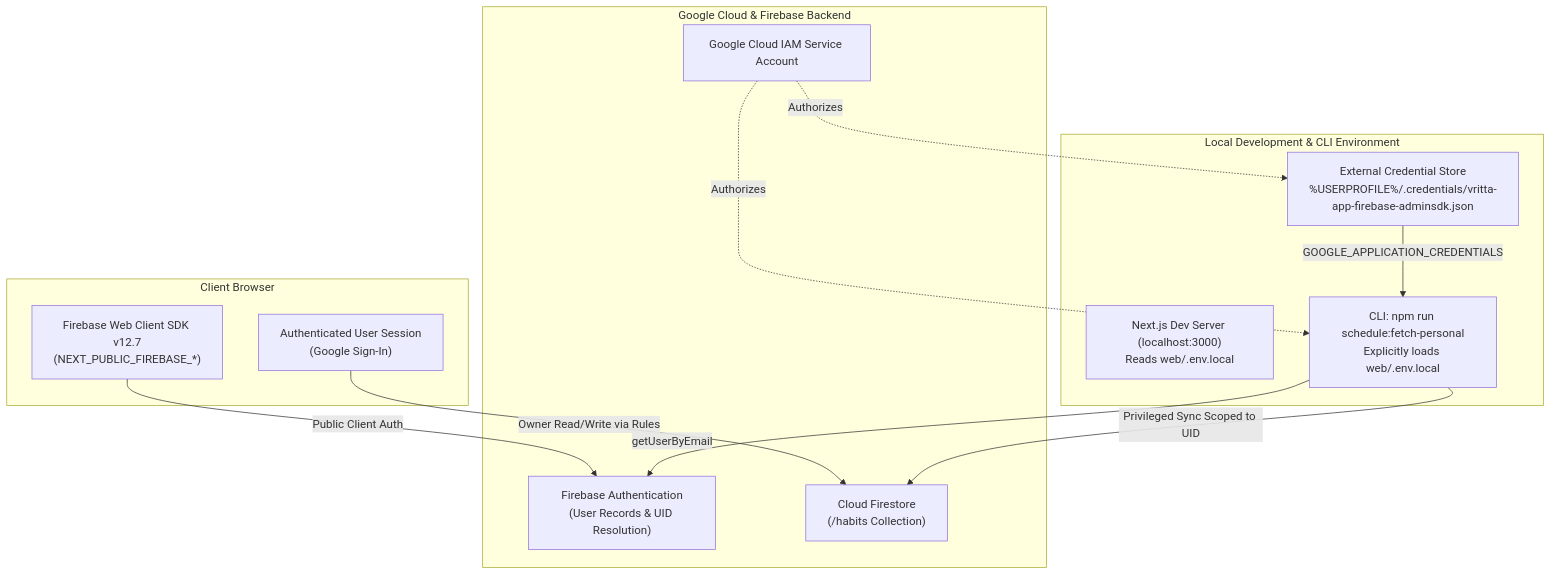
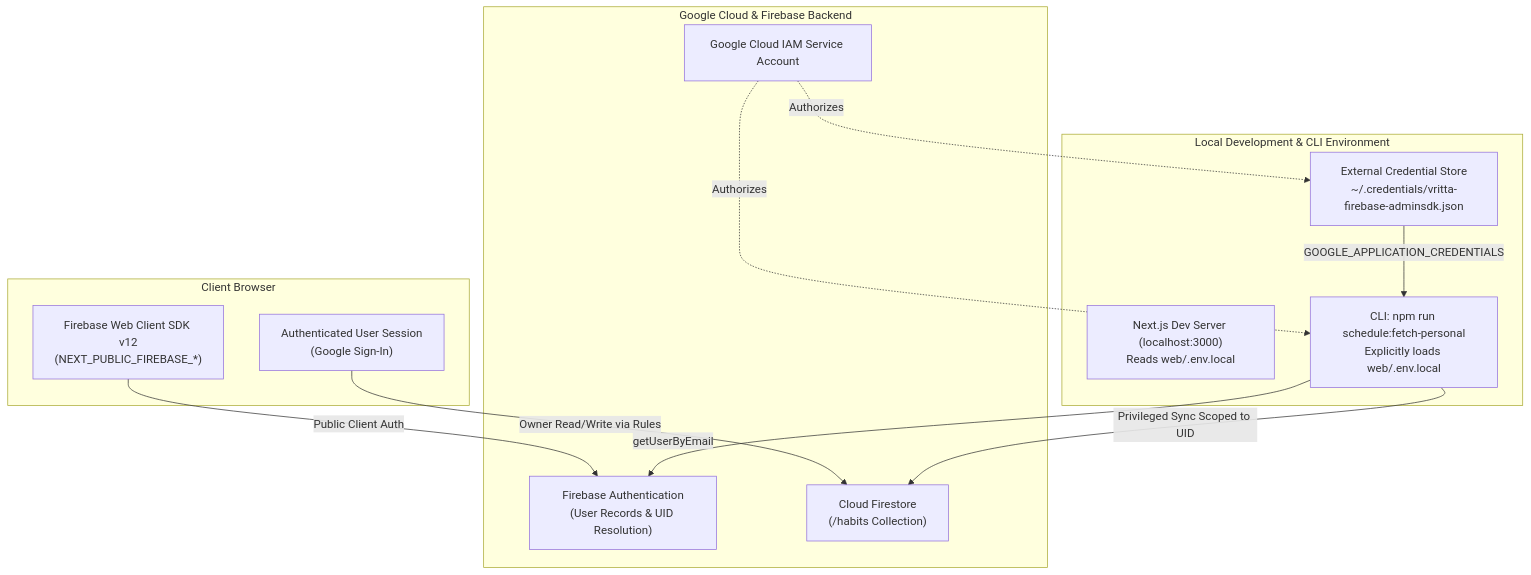
One commit to manishborikar92/Regimen changed the diagram in docs/firebase-setup.md. Above: the diagram before and after it, drawn with Mermaid. The commit also changed other lines of this file and 7 other files, not shown here.

````diff
--- a/docs/firebase-setup.md
+++ b/docs/firebase-setup.md
@@ -24,27 +22,27 @@
 ```mermaid
 flowchart TD
     subgraph Client Browser
-        WebClient["Firebase Web Client SDK v12.7<br/>(NEXT_PUBLIC_FIREBASE_*)"]
+        WebClient["Firebase Web Client SDK v12<br/>(NEXT_PUBLIC_FIREBASE_*)"]
         AuthUser["Authenticated User Session<br/>(Google Sign-In)"]
     end
 
     subgraph Local Development & CLI Environment
         LocalDev["Next.js Dev Server (localhost:3000)<br/>Reads web/.env.local"]
         LocalCLI["CLI: npm run schedule:fetch-personal<br/>Explicitly loads web/.env.local"]
-        ExtCred["External Credential Store<br/>%USERPROFILE%/.credentials/vritta-app-firebase-adminsdk.json"]
+        ExtCred["External Credential Store<br/>~/.credentials/vritta-firebase-adminsdk.json"]
     end
 
     subgraph Google Cloud & Firebase Backend
         GCP_IAM["Google Cloud IAM Service Account"]
         FirebaseAuth["Firebase Authentication<br/>(User Records & UID Resolution)"]
         Firestore["Cloud Firestore<br/>(/habits Collection)"]
     end
 
     WebClient -->|Public Client Auth| FirebaseAuth
     AuthUser -->|Owner Read/Write via Rules| Firestore
     ExtCred -->|GOOGLE_APPLICATION_CREDENTIALS| LocalCLI
     LocalCLI -->|getUserByEmail| FirebaseAuth
     LocalCLI -->|Privileged Sync Scoped to UID| Firestore
     GCP_IAM -.->|Authorizes| LocalCLI
     GCP_IAM -.->|Authorizes| ExtCred
 ```
````
